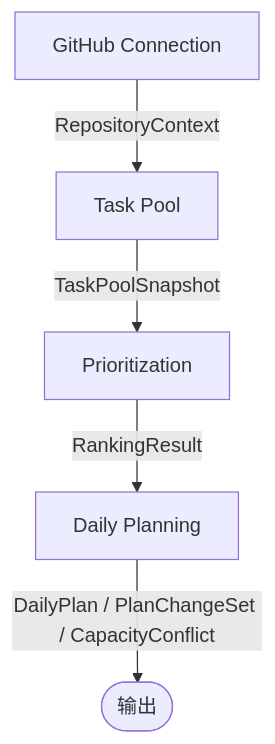
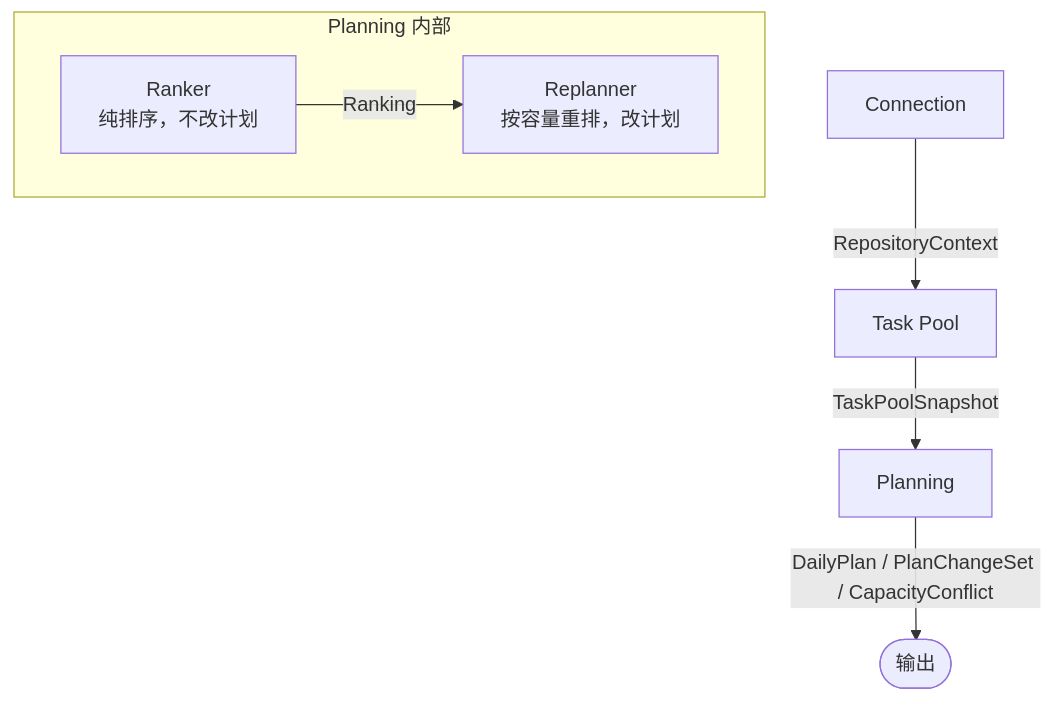
The second of 2 diagrams in arch.md (1024XEngineer/VoiceLife), drawn with Mermaid before and after one commit. The commit also changed other lines of this file, not shown here.

First line of the commit message:
docs(arch): 按领域内聚重切模块并去 GitHub 化

````diff
--- a/arch.md
+++ b/arch.md
@@ -47,7 +44,10 @@
 ```mermaid
 flowchart TB
-    GH["GitHub Connection"] -->|"RepositoryContext"| TP["Task Pool"]
-    TP -->|"TaskPoolSnapshot"| PRIO["Prioritization"]
-    PRIO -->|"RankingResult"| DP["Daily Planning"]
-    DP -->|"DailyPlan / PlanChangeSet / CapacityConflict"| End(["输出"])
+    CONN["Connection"] -->|"RepositoryContext"| TP["Task Pool"]
+    TP -->|"TaskPoolSnapshot"| PL["Planning"]
+    PL -->|"DailyPlan / PlanChangeSet / CapacityConflict"| End(["输出"])
+
+    subgraph PLinner["Planning 内部"]
+        Ranker["Ranker<br/>纯排序，不改计划"] -->|"Ranking"| Replanner["Replanner<br/>按容量重排，改计划"]
+    end
 ```
````
